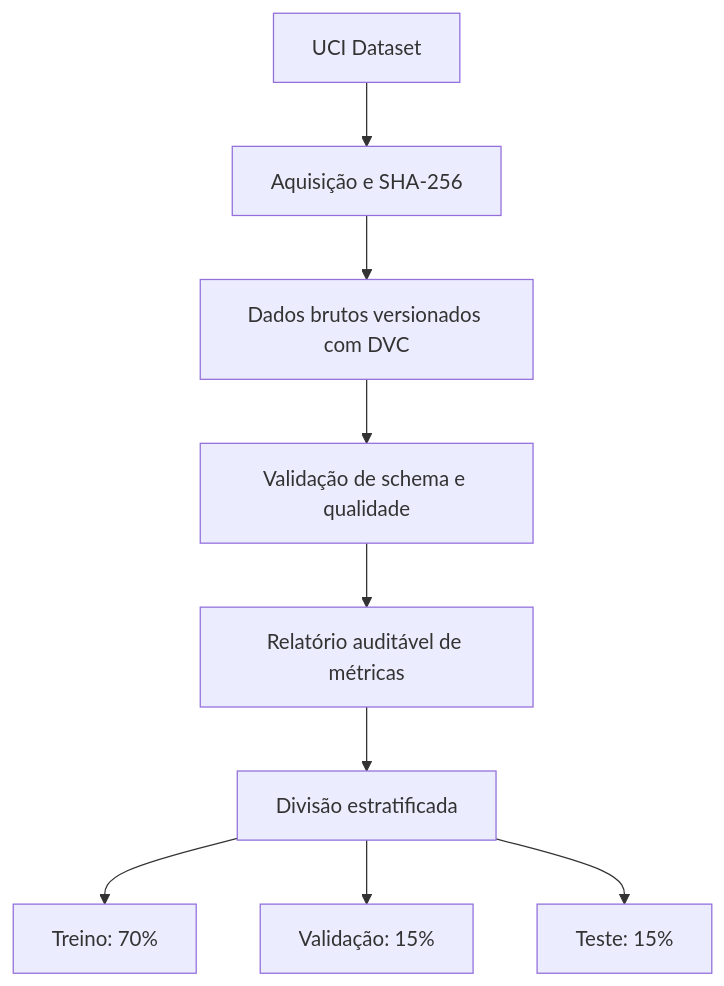
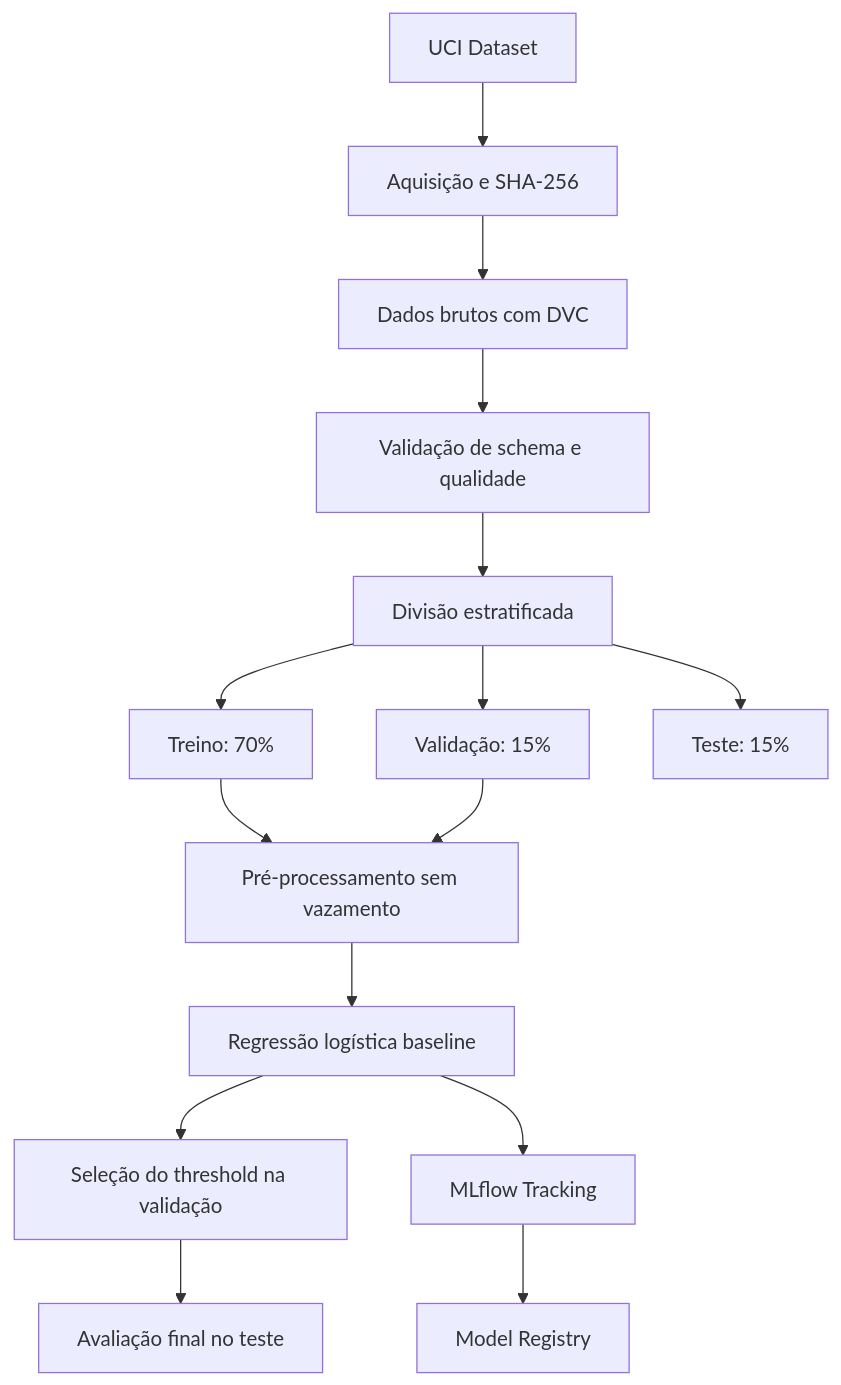
The diagram in README.md (biancafsena/ecommerce-purchase-propensity-mlops), drawn with Mermaid before and after one commit. The commit also changed other lines of this file, not shown here.

Commit message:
docs: update pipeline results and MLflow documentation

````diff
--- a/README.md
+++ b/README.md
@@ -80,11 +84,17 @@
 ```mermaid
 flowchart TD
     A["UCI Dataset"] --> B["Aquisição e SHA-256"]
-    B --> C["Dados brutos versionados com DVC"]
+    B --> C["Dados brutos com DVC"]
     C --> D["Validação de schema e qualidade"]
-    D --> E["Relatório auditável de métricas"]
-    E --> F["Divisão estratificada"]
-    F --> G["Treino: 70%"]
-    F --> H["Validação: 15%"]
-    F --> I["Teste: 15%"]
+    D --> E["Divisão estratificada"]
+    E --> F["Treino: 70%"]
+    E --> G["Validação: 15%"]
+    E --> H["Teste: 15%"]
+    F --> I["Pré-processamento sem vazamento"]
+    G --> I
+    I --> J["Regressão logística baseline"]
+    J --> K["Seleção do threshold na validação"]
+    K --> L["Avaliação final no teste"]
+    J --> M["MLflow Tracking"]
+    M --> N["Model Registry"]
 ```
````
